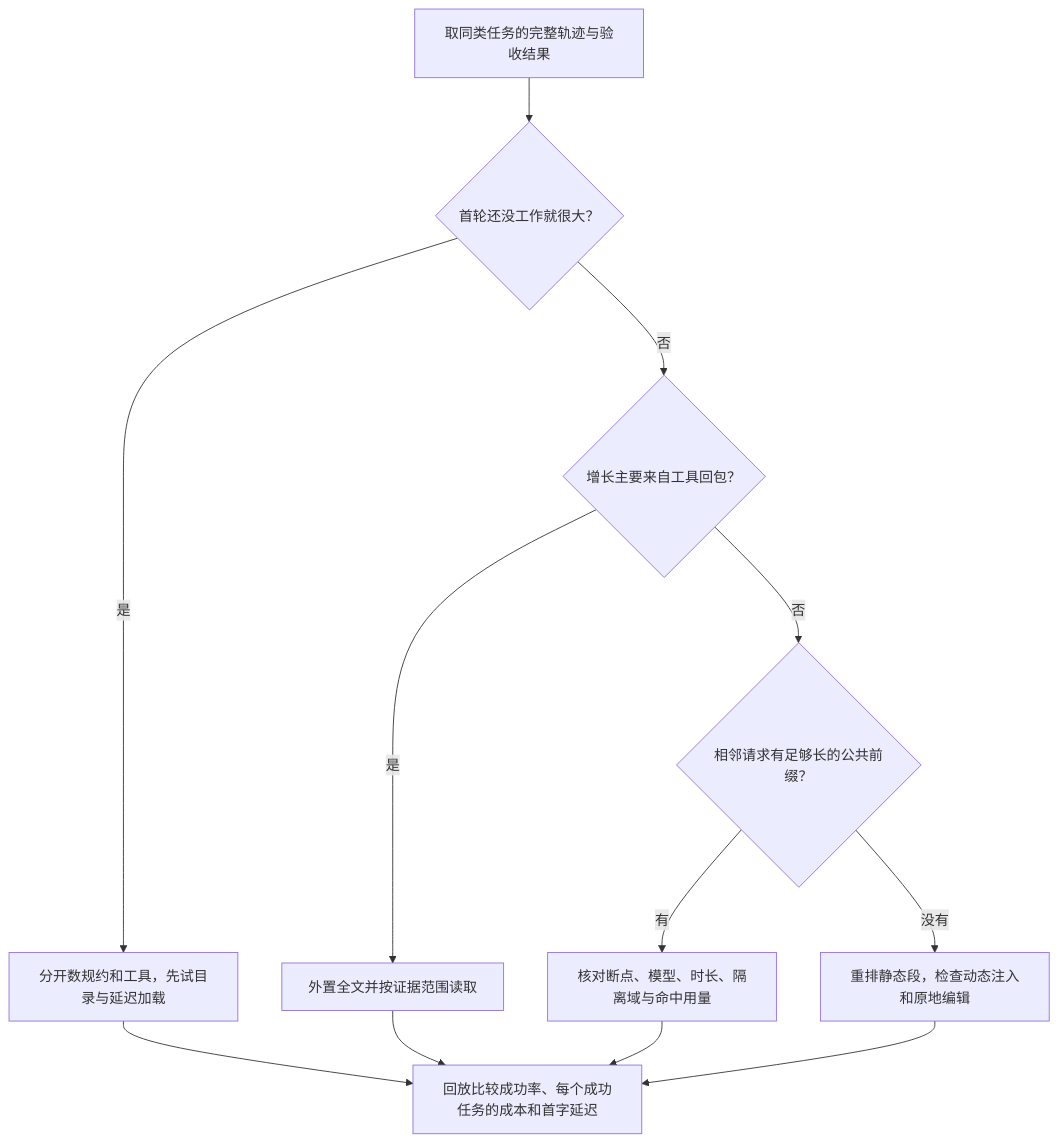
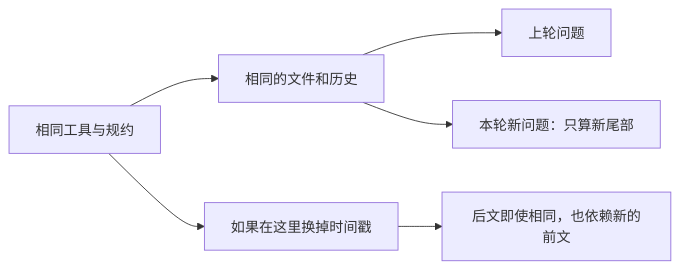
The second of 2 diagrams in 04-context-engineering-and-compaction/01-context-engineering-and-kv-cache.md (echonoshy/agent-engineering-handbook), drawn with Mermaid before and after one commit. The commit also changed other lines of this file and 21 other files, not shown here.

````diff
--- a/04-context-engineering-and-compaction/01-context-engineering-and-kv-cache.md
+++ b/04-context-engineering-and-compaction/01-context-engineering-and-kv-cache.md
@@ -315,14 +76,8 @@
 ```mermaid
-flowchart TD
-    A["取同类任务的完整轨迹与验收结果"] --> B{"首轮还没工作就很大？"}
-    B -->|"是"| C["分开数规约和工具，先试目录与延迟加载"]
-    B -->|"否"| D{"增长主要来自工具回包？"}
-    D -->|"是"| E["外置全文并按证据范围读取"]
-    D -->|"否"| F{"相邻请求有足够长的公共前缀？"}
-    F -->|"有"| G["核对断点、模型、时长、隔离域与命中用量"]
-    F -->|"没有"| H["重排静态段，检查动态注入和原地编辑"]
-    C --> I["回放比较成功率、每个成功任务的成本和首字延迟"]
-    E --> I
-    G --> I
-    H --> I
+flowchart LR
+    A["相同工具与规约"] --> B["相同的文件和历史"]
+    B --> C["上轮问题"]
+    B --> D["本轮新问题：只算新尾部"]
+    A --> F["如果在这里换掉时间戳"]
+    F --> G["后文即使相同，也依赖新的前文"]
 ```
````
